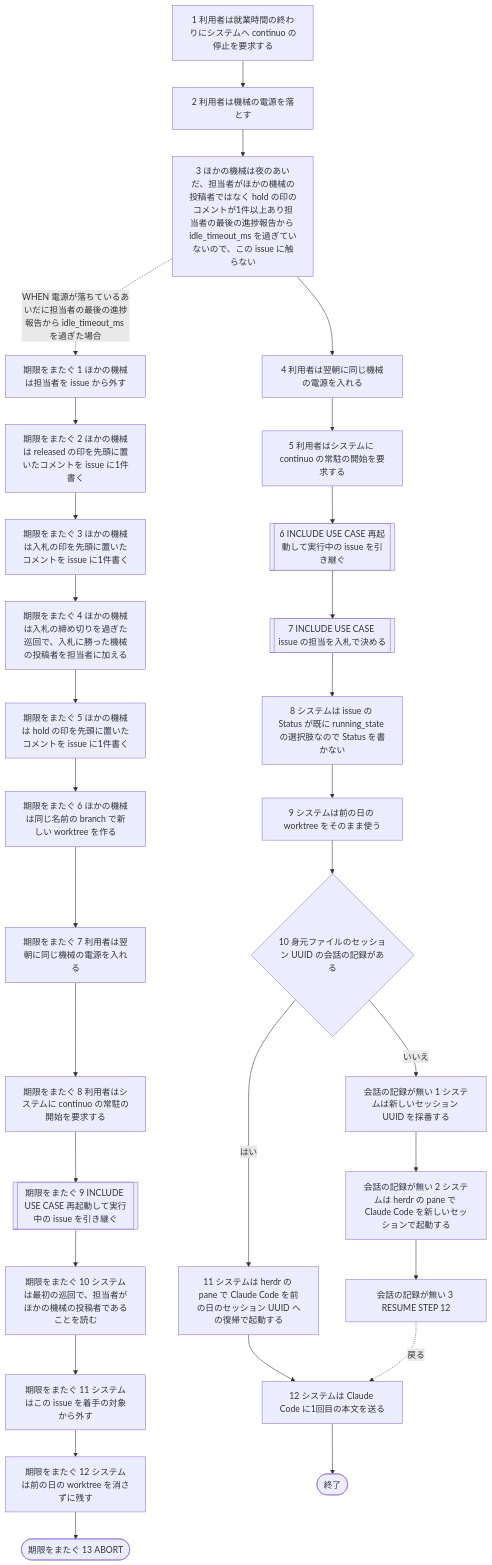
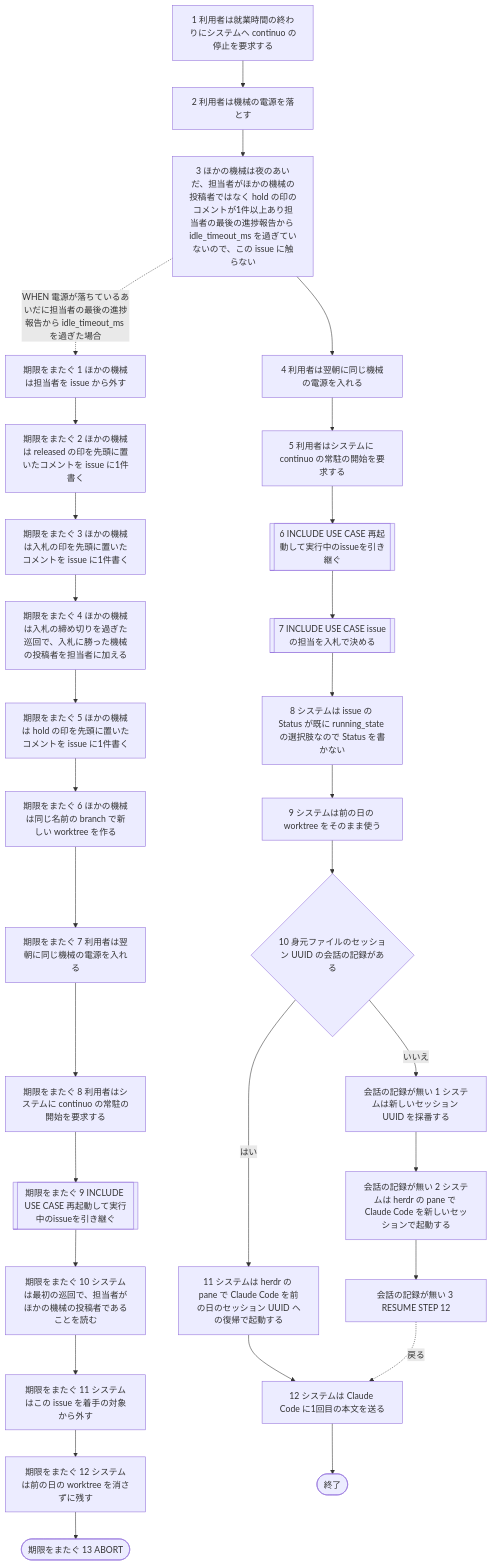
One commit to maimuzo/continuo changed the first of 2 diagrams in docs/spec/usecases/scenario/夜に機械を落として翌朝に担当を続ける.rucm.md. Above: the diagram before and after it, drawn with Mermaid. The commit also changed other lines of this file and 220 other files, not shown here.

````diff
--- a/docs/spec/usecases/scenario/夜に機械を落として翌朝に担当を続ける.rucm.md
+++ b/docs/spec/usecases/scenario/夜に機械を落として翌朝に担当を続ける.rucm.md
@@ -171,60 +171,60 @@
 ```mermaid
 flowchart TD
     BS1["1 利用者は就業時間の終わりにシステムへ continuo の停止を要求する"]
     BS2["2 利用者は機械の電源を落とす"]
     BS3["3 ほかの機械は夜のあいだ、担当者がほかの機械の投稿者ではなく hold の印のコメントが1件以上あり担当者の最後の進捗報告から idle_timeout_ms を過ぎていないので、この issue に触らない"]
     BS4["4 利用者は翌朝に同じ機械の電源を入れる"]
     BS5["5 利用者はシステムに continuo の常駐の開始を要求する"]
-    BS6[["6 INCLUDE USE CASE 再起動して実行中の issue を引き継ぐ"]]
-    BS7[["7 INCLUDE USE CASE issue の担当を入札で決める"]]
+    BS6[["6 INCLUDE USE CASE 再起動して実行中のissueを引き継ぐ"]]
+    BS7[["7 INCLUDE USE CASE issueの担当を入札で決める"]]
     BS8["8 システムは issue の Status が既に running_state の選択肢なので Status を書かない"]
     BS9["9 システムは前の日の worktree をそのまま使う"]
     BS10{"10 身元ファイルのセッション UUID の会話の記録がある"}
     BS11["11 システムは herdr の pane で Claude Code を前の日のセッション UUID への復帰で起動する"]
     BS12["12 システムは Claude Code に1回目の本文を送る"]
     A1S1["会話の記録が無い 1 システムは新しいセッション UUID を採番する"]
     A1S2["会話の記録が無い 2 システムは herdr の pane で Claude Code を新しいセッションで起動する"]
     A1S3["会話の記録が無い 3 RESUME STEP 12"]
     A2S1["期限をまたぐ 1 ほかの機械は担当者を issue から外す"]
     A2S2["期限をまたぐ 2 ほかの機械は released の印を先頭に置いたコメントを issue に1件書く"]
     A2S3["期限をまたぐ 3 ほかの機械は入札の印を先頭に置いたコメントを issue に1件書く"]
     A2S4["期限をまたぐ 4 ほかの機械は入札の締め切りを過ぎた巡回で、入札に勝った機械の投稿者を担当者に加える"]
     A2S5["期限をまたぐ 5 ほかの機械は hold の印を先頭に置いたコメントを issue に1件書く"]
     A2S6["期限をまたぐ 6 ほかの機械は同じ名前の branch で新しい worktree を作る"]
     A2S7["期限をまたぐ 7 利用者は翌朝に同じ機械の電源を入れる"]
     A2S8["期限をまたぐ 8 利用者はシステムに continuo の常駐の開始を要求する"]
-    A2S9[["期限をまたぐ 9 INCLUDE USE CASE 再起動して実行中の issue を引き継ぐ"]]
+    A2S9[["期限をまたぐ 9 INCLUDE USE CASE 再起動して実行中のissueを引き継ぐ"]]
     A2S10["期限をまたぐ 10 システムは最初の巡回で、担当者がほかの機械の投稿者であることを読む"]
     A2S11["期限をまたぐ 11 システムはこの issue を着手の対象から外す"]
     A2S12["期限をまたぐ 12 システムは前の日の worktree を消さずに残す"]
     A2S13(["期限をまたぐ 13 ABORT"])
     BS1 --> BS2
     BS2 --> BS3
     BS3 --> BS4
     BS3 -. "WHEN 電源が落ちているあいだに担当者の最後の進捗報告から idle_timeout_ms を過ぎた場合" .-> A2S1
     BS4 --> BS5
     BS5 --> BS6
     BS6 --> BS7
     BS7 --> BS8
     BS8 --> BS9
     BS9 --> BS10
     BS10 -- はい --> BS11
     BS10 -- いいえ --> A1S1
     BS11 --> BS12
     A1S1 --> A1S2
     A1S2 --> A1S3
     A1S3 -. "戻る" .-> BS12
     A2S1 --> A2S2
     A2S2 --> A2S3
     A2S3 --> A2S4
     A2S4 --> A2S5
     A2S5 --> A2S6
     A2S6 --> A2S7
     A2S7 --> A2S8
     A2S8 --> A2S9
     A2S9 --> A2S10
     A2S10 --> A2S11
     A2S11 --> A2S12
     A2S12 --> A2S13
     BS12 --> END(["終了"])
 ```
````
